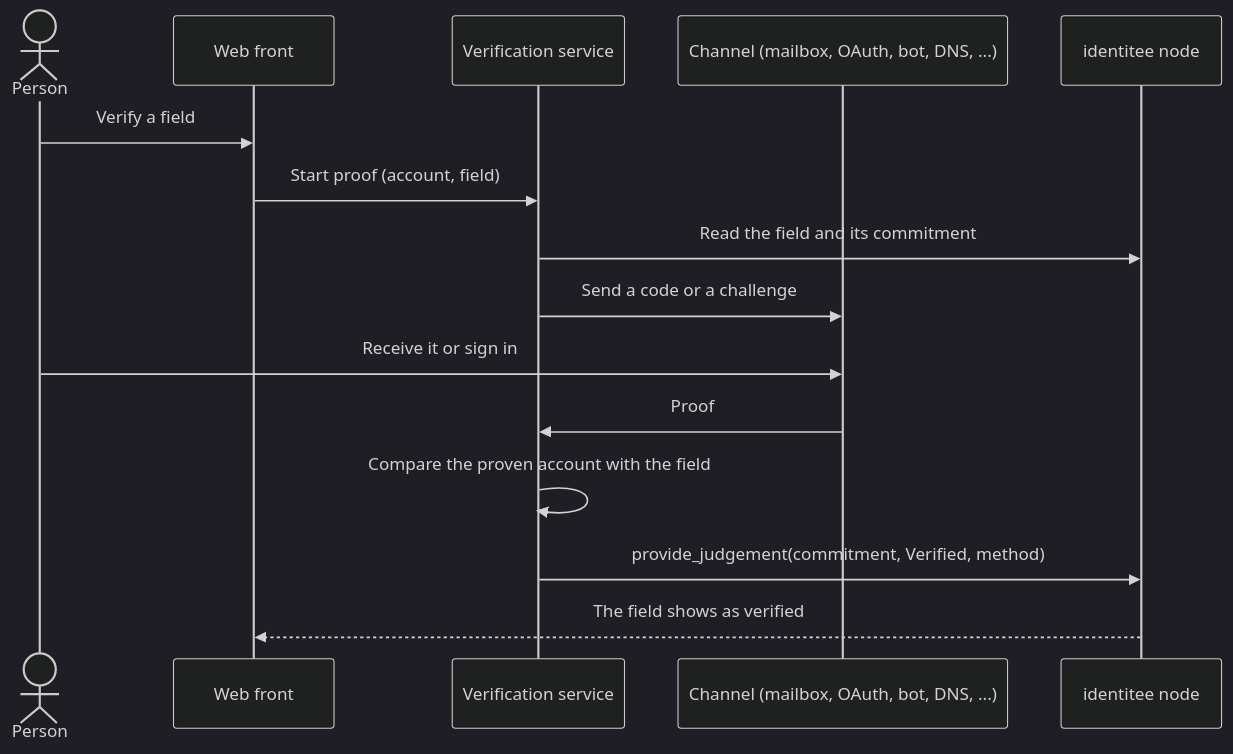
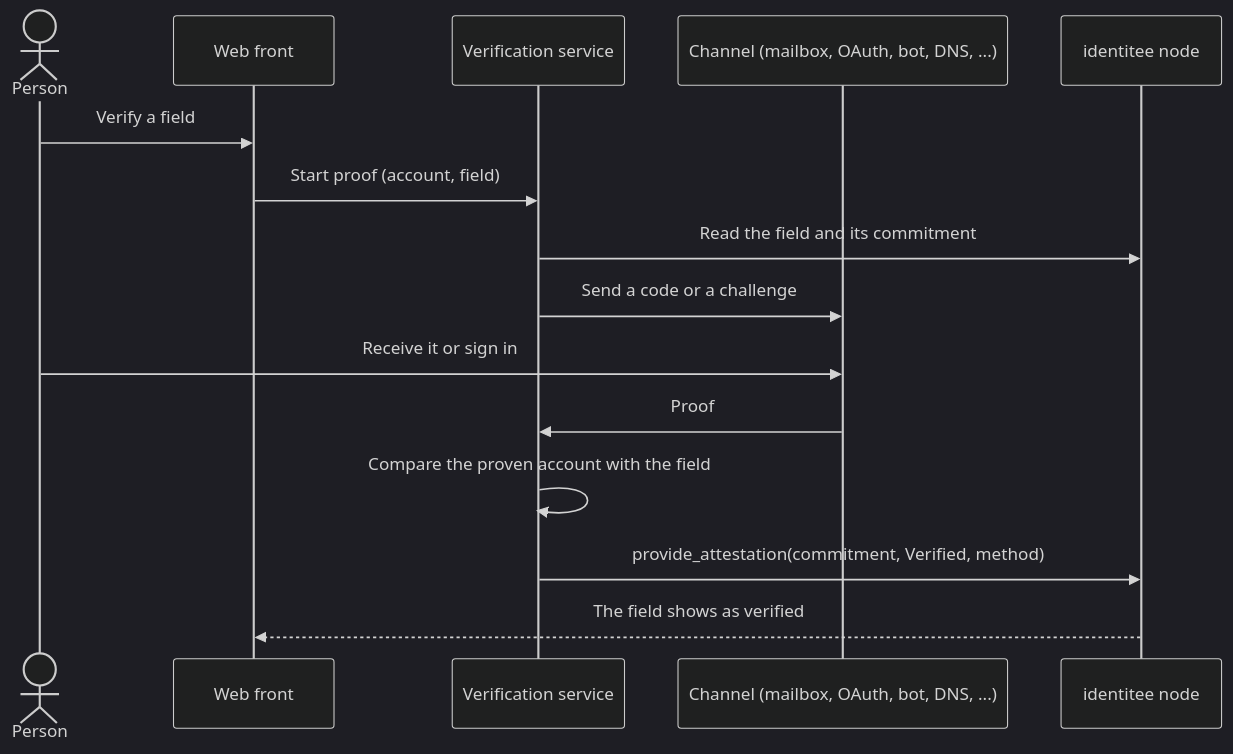
Before and after one commit to sigreturn-labs/identitee-blockchain: the diagram in docs/VERIFIER.md, drawn with Mermaid (dark theme). The commit also changed other lines of this file and 42 other files, not shown here.

Commit message:
Rename the judgement calls to attestation calls (runtime 12)

````diff
--- a/docs/VERIFIER.md
+++ b/docs/VERIFIER.md
@@ -35,18 +35,18 @@
 ```mermaid
 sequenceDiagram
     actor P as Person
     participant W as Web front
     participant V as Verification service
     participant X as Channel (mailbox, OAuth, bot, DNS, ...)
     participant N as identitee node
 
     P->>W: Verify a field
     W->>V: Start proof (account, field)
     V->>N: Read the field and its commitment
     V->>X: Send a code or a challenge
     P->>X: Receive it or sign in
     X->>V: Proof
     V->>V: Compare the proven account with the field
-    V->>N: provide_judgement(commitment, Verified, method)
+    V->>N: provide_attestation(commitment, Verified, method)
     N-->>W: The field shows as verified
 ```
````
